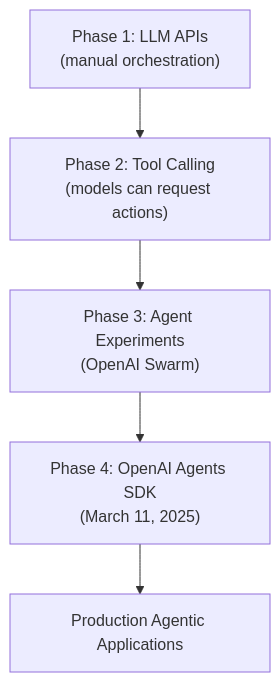
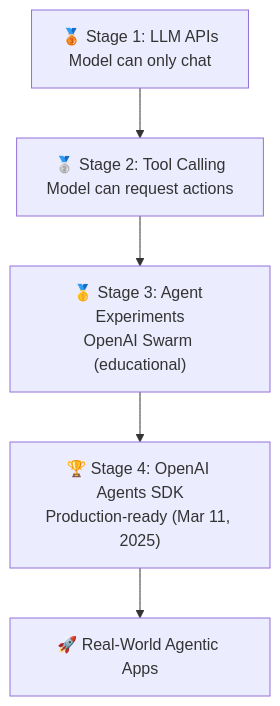
Before and after one commit to maliksiddiq/learning-agentic-ai: the fifth of 31 diagrams in Agentic Ai Learning/08 Open-ai-agent-sdk/00 Introduction/Readme.md, drawn with Mermaid. The commit also changed other lines of this file, not shown here.

Commit message:
Introduction OF open-ai-agent-sdk

````diff
--- a/Agentic Ai Learning/08 Open-ai-agent-sdk/00 Introduction/Readme.md
+++ b/Agentic Ai Learning/08 Open-ai-agent-sdk/00 Introduction/Readme.md
@@ -122,7 +148,7 @@
 ```mermaid
 flowchart TD
-    A["Phase 1: LLM APIs<br/>(manual orchestration)"] --> B["Phase 2: Tool Calling<br/>(models can request actions)"]
-    B --> C["Phase 3: Agent Experiments<br/>(OpenAI Swarm)"]
-    C --> D["Phase 4: OpenAI Agents SDK<br/>(March 11, 2025)"]
-    D --> E["Production Agentic Applications"]
+    A["🥉 Stage 1: LLM APIs<br/>Model can only chat"] --> B["🥈 Stage 2: Tool Calling<br/>Model can request actions"]
+    B --> C["🥇 Stage 3: Agent Experiments<br/>OpenAI Swarm (educational)"]
+    C --> D["🏆 Stage 4: OpenAI Agents SDK<br/>Production-ready (Mar 11, 2025)"]
+    D --> E["🚀 Real-World Agentic Apps"]
 ```
````
